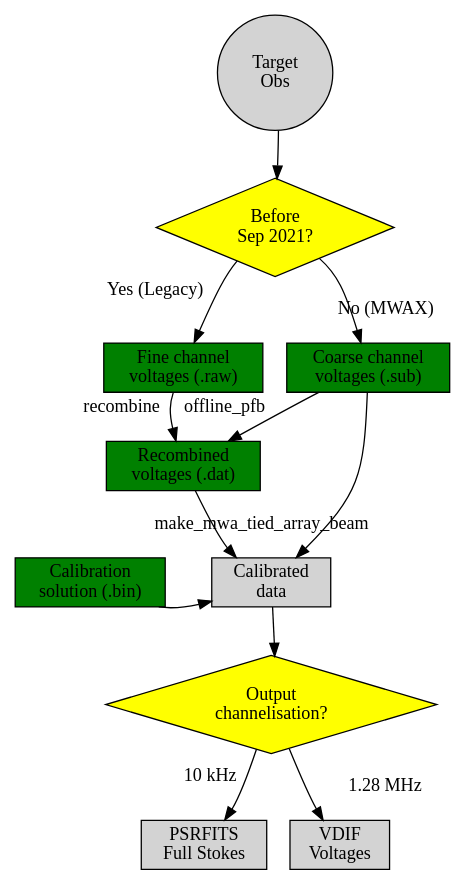
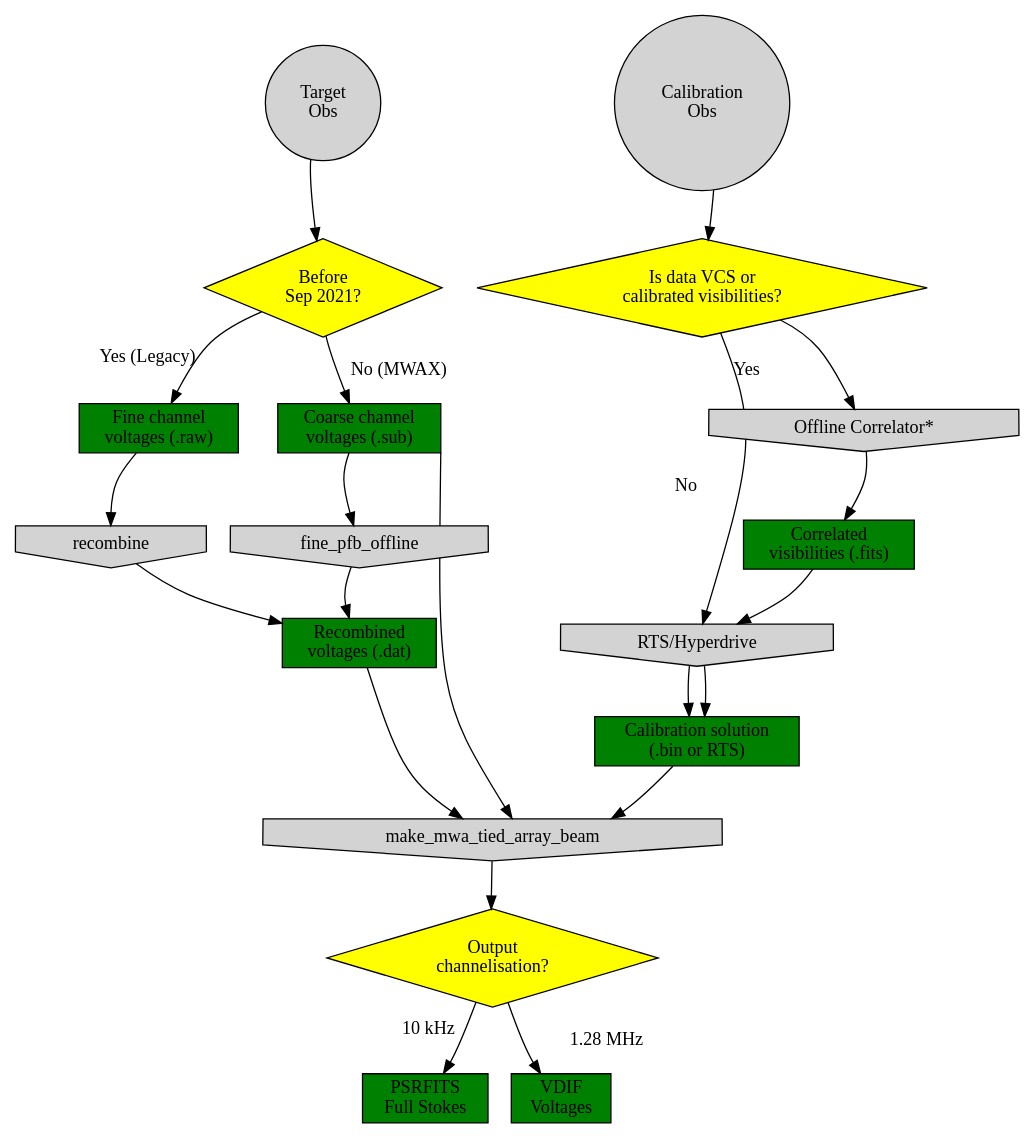
The diagram in doc/images/beamforming.dot (CIRA-Pulsars-and-Transients-Group/vcsbeam), drawn with Graphviz before and after one commit. The commit also changed 1 other file, not shown here.

```diff
--- a/doc/images/beamforming.dot
+++ b/doc/images/beamforming.dot
@@ -1,32 +1,45 @@
 digraph overview {
     node [ shape=record, style="filled" ];
     splines = curved;
 
     targetobs [ label="Target\nObs", shape=circle ];
+    calobs [ label="Calibration\nObs", shape=circle ];
+    calvcs [ label="Is data VCS or\ncalibrated visibilities?", shape=diamond, fillcolor=yellow ];
     date [ label="Before\nSep 2021?", shape=diamond, fillcolor=yellow ];
     raw [ label="Fine channel\nvoltages (.raw)", fillcolor=green ];
     sub [ label="Coarse channel\nvoltages (.sub)", fillcolor=green ];
     dat [ label="Recombined\nvoltages (.dat)", fillcolor=green ];
-    //legacyvis [ label="Correlated\nvisibilities (.fits)" ];
+    vis [ label="Correlated\nvisibilities (.fits)", fillcolor=green ];
     outputchannelisation [ label="Output\nchannelisation?", shape=diamond, fillcolor=yellow ];
-    psrfits [ label="PSRFITS\nFull Stokes" ];
-    vdif [ label="VDIF\nVoltages" ];
-    cal [ label="Calibration\nsolution (.bin)", fillcolor=green ]
-    caldata [ label="Calibrated\ndata" ]
+    psrfits [ label="PSRFITS\nFull Stokes", fillcolor=green ];
+    vdif [ label="VDIF\nVoltages", fillcolor=green ];
+    calsol [ label="Calibration solution\n(.bin or RTS)", fillcolor=green ];
+    recombine [ label="recombine", shape=invhouse ];
+    tiedarray [ label="make_mwa_tied_array_beam", shape=invhouse ];
+    rts [ label="RTS/Hyperdrive", shape=invhouse ];
 
     targetobs -> date;
     date -> raw [ xlabel="Yes (Legacy)" ];
     date -> sub [ label="No (MWAX)" ];
-    raw -> dat [ xlabel="recombine" ];
-    sub -> dat [ xlabel="offline_pfb" ];
-    dat -> caldata [ label="make_mwa_tied_array_beam" ];
-    sub -> caldata //[ label="make_mwa_tied_array_beam" ];
-    caldata -> outputchannelisation;
+    sub:se -> tiedarray:ne;
+
+    offlinepfb [ label="fine_pfb_offline", shape=invhouse ];
+    offlinecorr [ label="Offline Correlator*", shape=invhouse ];
+
+    raw -> recombine -> dat;
+    sub -> offlinepfb -> dat;
+    dat -> tiedarray -> outputchannelisation;
     outputchannelisation -> psrfits [ xlabel="10 kHz" ];
     outputchannelisation -> vdif [ label="1.28 MHz" ];
-    cal -> caldata;
-    //dat -> legacyvis [ label="offline_correlator" ];
+    calsol -> tiedarray;
+    calobs -> calvcs;
+    calvcs -> offlinecorr [ label="Yes" ];
+    offlinecorr -> vis;
+    calvcs -> rts [ label="No" ];
+    rts -> calsol;
+    vis -> rts -> calsol;
 
+    {rank = same; targetobs; calobs; }
+    {rank = same; date; calvcs; }
     {rank = same; raw; sub;}
-    {rank = same; cal; caldata; }
 }
```
